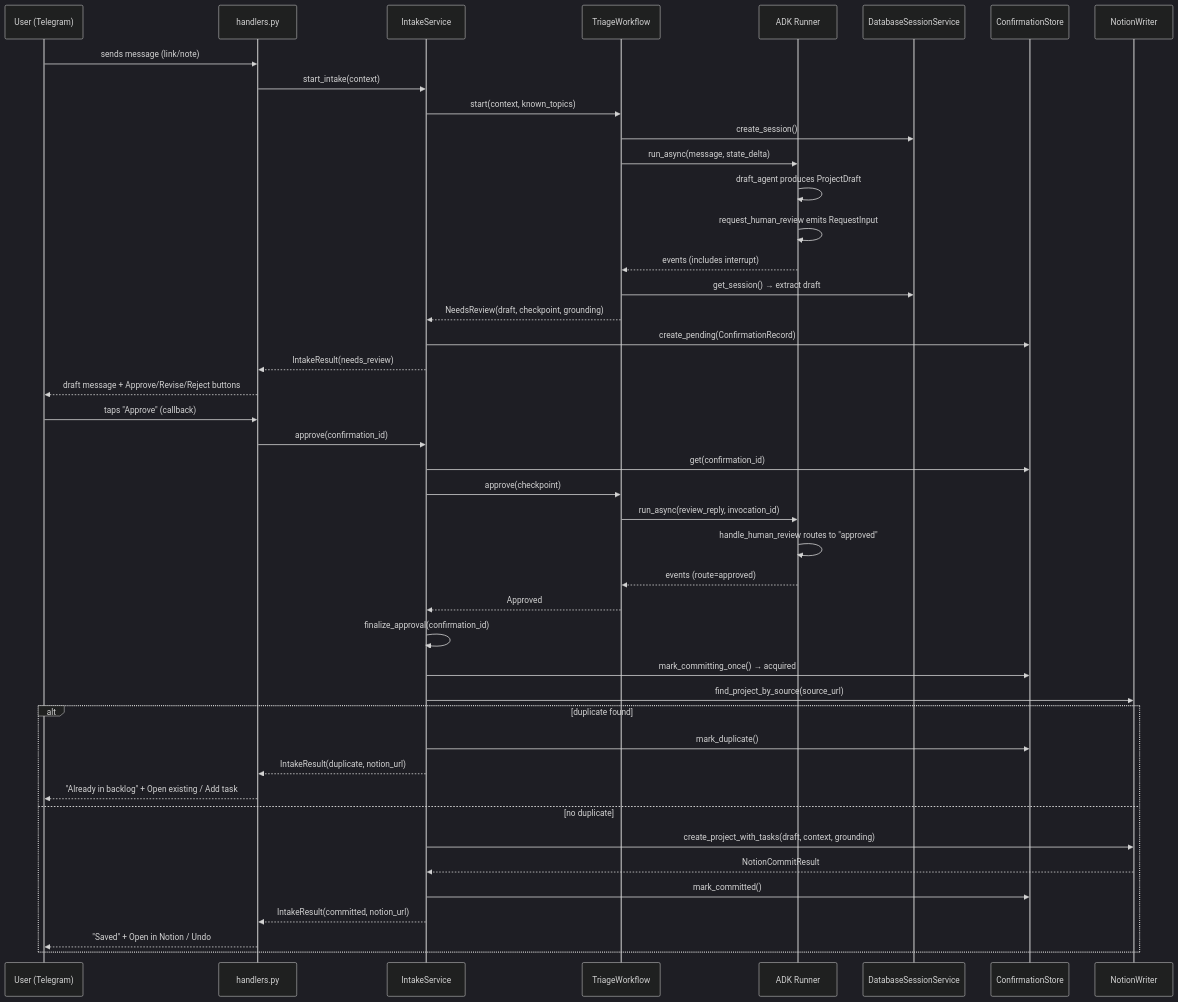
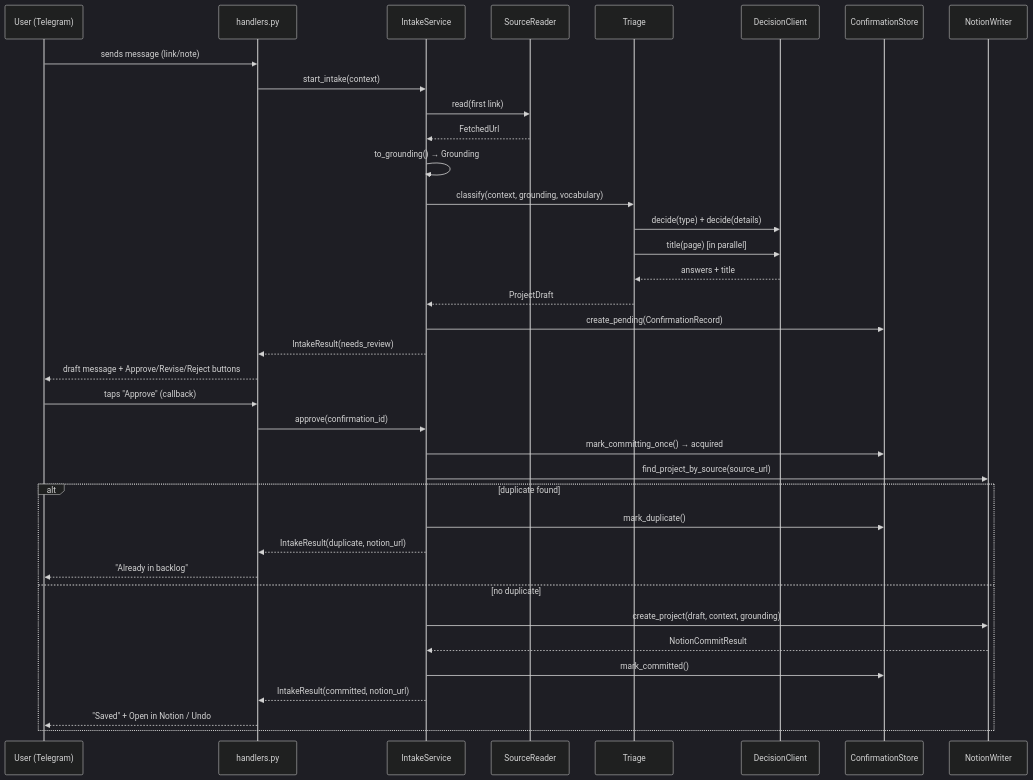
Before and after one commit to iamtokarev/backlog-tamer: the first of 2 diagrams in openwiki/workflows/intake-flow.md, drawn with Mermaid (dark theme). The commit also changed other lines of this file and 23 other files, not shown here.

First line of the commit message:
docs: describe triage by decision models

````diff
--- a/openwiki/workflows/intake-flow.md
+++ b/openwiki/workflows/intake-flow.md
@@ -64,48 +46,41 @@
 ```mermaid
 sequenceDiagram
     participant U as User (Telegram)
     participant H as handlers.py
     participant IS as IntakeService
-    participant TW as TriageWorkflow
-    participant R as ADK Runner
-    participant SS as DatabaseSessionService
+    participant SR as SourceReader
+    participant T as Triage
+    participant DC as DecisionClient
     participant CS as ConfirmationStore
     participant NW as NotionWriter
 
     U->>H: sends message (link/note)
     H->>IS: start_intake(context)
-    IS->>TW: start(context, known_topics)
-    TW->>SS: create_session()
-    TW->>R: run_async(message, state_delta)
-    R->>R: draft_agent produces ProjectDraft
-    R->>R: request_human_review emits RequestInput
-    R-->>TW: events (includes interrupt)
-    TW->>SS: get_session() → extract draft
-    TW-->>IS: NeedsReview(draft, checkpoint, grounding)
+    IS->>SR: read(first link)
+    SR-->>IS: FetchedUrl
+    IS->>IS: to_grounding() → Grounding
+    IS->>T: classify(context, grounding, vocabulary)
+    T->>DC: decide(type) + decide(details)
+    T->>DC: title(page) [in parallel]
+    DC-->>T: answers + title
+    T-->>IS: ProjectDraft
     IS->>CS: create_pending(ConfirmationRecord)
     IS-->>H: IntakeResult(needs_review)
     H-->>U: draft message + Approve/Revise/Reject buttons
 
     U->>H: taps "Approve" (callback)
     H->>IS: approve(confirmation_id)
-    IS->>CS: get(confirmation_id)
-    IS->>TW: approve(checkpoint)
-    TW->>R: run_async(review_reply, invocation_id)
-    R->>R: handle_human_review routes to "approved"
-    R-->>TW: events (route=approved)
-    TW-->>IS: Approved
-    IS->>IS: finalize_approval(confirmation_id)
     IS->>CS: mark_committing_once() → acquired
     IS->>NW: find_project_by_source(source_url)
     alt duplicate found
         IS->>CS: mark_duplicate()
         IS-->>H: IntakeResult(duplicate, notion_url)
-        H-->>U: "Already in backlog" + Open existing / Add task
+        H-->>U: "Already in backlog"
     else no duplicate
-        IS->>NW: create_project_with_tasks(draft, context, grounding)
+        IS->>NW: create_project(draft, context, grounding)
         NW-->>IS: NotionCommitResult
         IS->>CS: mark_committed()
         IS-->>H: IntakeResult(committed, notion_url)
         H-->>U: "Saved" + Open in Notion / Undo
     end
 ```
````
